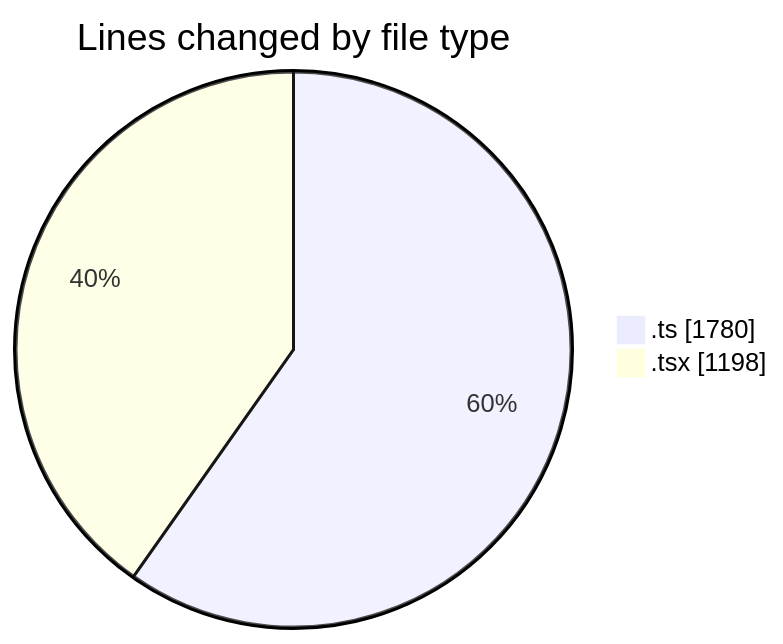
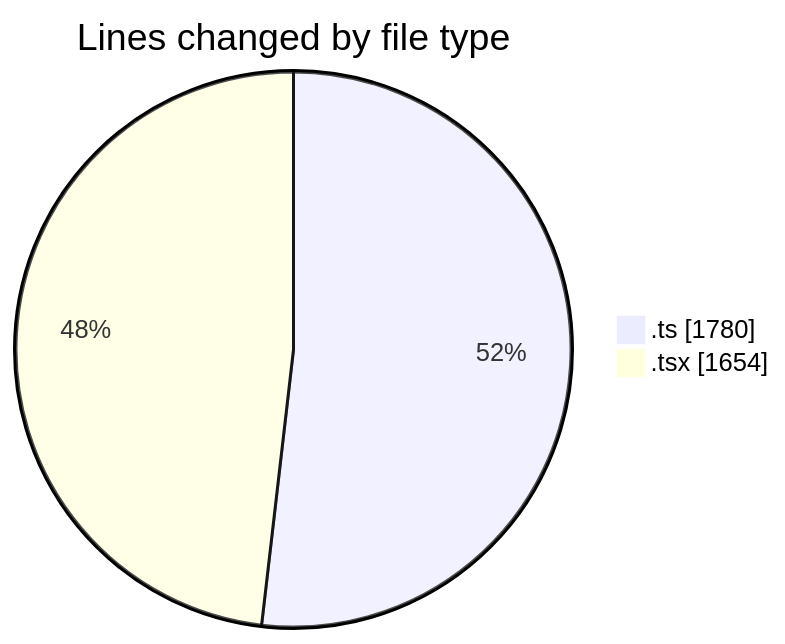
One commit to JenPaints/code-tracking changed the first of 2 diagrams in 2025-06-22/archive/README.md. Above: the diagram before and after it, drawn with Mermaid. The commit also changed other lines of this file and 1 other file, not shown here.

````diff
--- a/2025-06-22/archive/README.md
+++ b/2025-06-22/archive/README.md
@@ -26,6 +26,6 @@
 ```mermaid
 pie showData
 title Lines changed by file type
 ".ts" : 1780
-".tsx" : 1198
+".tsx" : 1654
 ```
````
